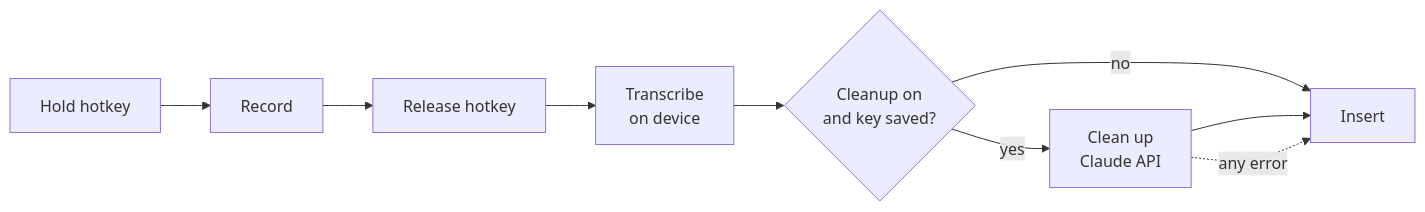
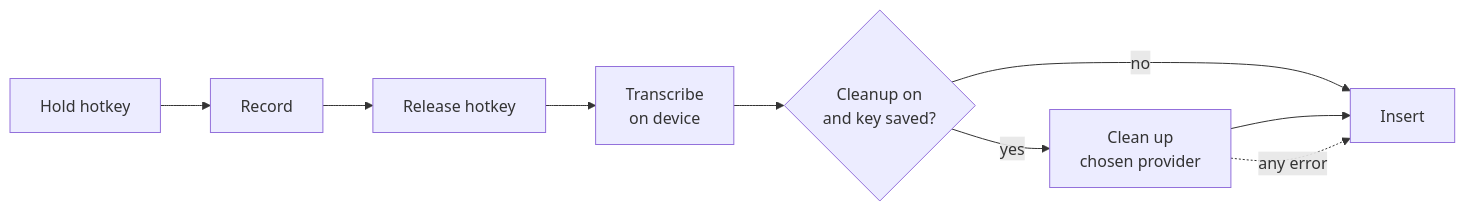
One commit to ShanTirmizi/utter changed the diagram in docs/DESIGN.md. Above: the diagram before and after it, drawn with Mermaid. The commit also changed other lines of this file and 14 other files, not shown here.

````diff
--- a/docs/DESIGN.md
+++ b/docs/DESIGN.md
@@ -15,11 +15,11 @@
 ```mermaid
 flowchart LR
     A["Hold hotkey"] --> B["Record"]
     B --> C["Release hotkey"]
     C --> D["Transcribe<br/>on device"]
     D --> E{"Cleanup on<br/>and key saved?"}
-    E -- yes --> F["Clean up<br/>Claude API"]
+    E -- yes --> F["Clean up<br/>chosen provider"]
     E -- no --> G["Insert"]
     F --> G
     F -. "any error" .-> G
 ```
````
